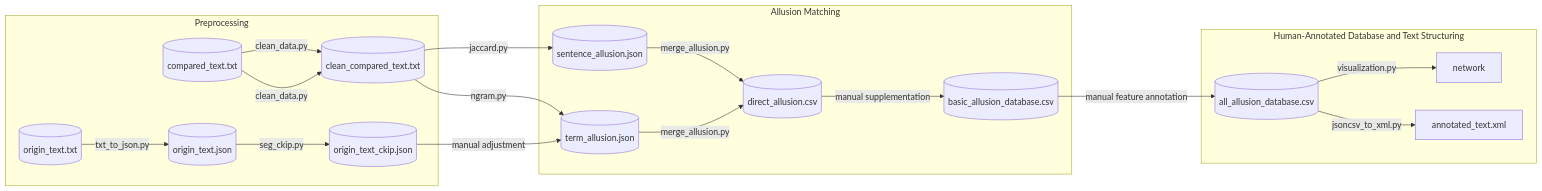
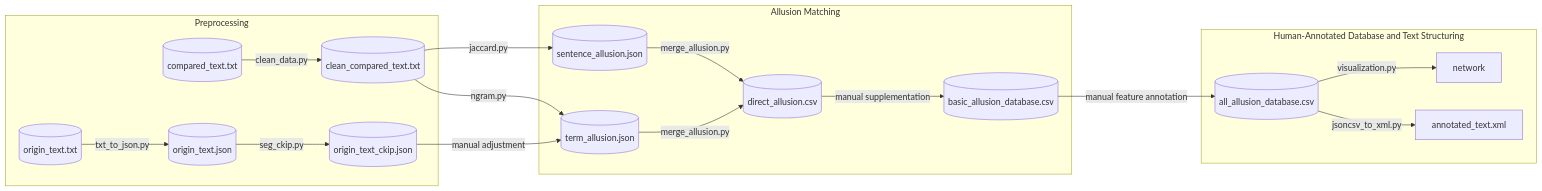
Before and after one commit to Taoyi-Chiang/lufu_allusion: the diagram in README.md, drawn with Mermaid.

````diff
--- a/README.md
+++ b/README.md
@@ -3,41 +3,40 @@
 ```mermaid
 graph LR
     %% 定義各個節點
     A1[(origin_text.txt)]
     A2[(compared_text.txt)]
     A3[(clean_compared_text.txt)]
     B1[(origin_text.json)]
     B2[(origin_text_ckip.json)]
     C1[(sentence_allusion.json)]
     C2[(term_allusion.json)]
     D1[(direct_allusion.csv)]
     E1[(basic_allusion_database.csv)]
     E2[(all_allusion_database.csv)]
     F1[network]
     F2[annotated_text.xml]
 
     %% 前處理階段
     subgraph Preprocessing
         A1-->|txt_to_json.py|B1
         B1-->|seg_ckip.py|B2
         A2-->|clean_data.py|A3
-        A2-->|clean_data.py|A3
     end
 
     %% 比對階段
     subgraph Allusion Matching
         B2-->|manual adjustment|C2
         A3-->|jaccard.py|C1
         A3-->|ngram.py|C2
         C1-->|merge_allusion.py|D1
         C2-->|merge_allusion.py|D1
         D1-->|manual supplementation|E1
     end
 
     %% 標記階段
     subgraph Human-Annotated Database and Text Structuring
         E1-->|manual feature annotation|E2
         E2-->|visualization.py|F1
         E2-->|jsoncsv_to_xml.py|F2
     end
 ```
````
